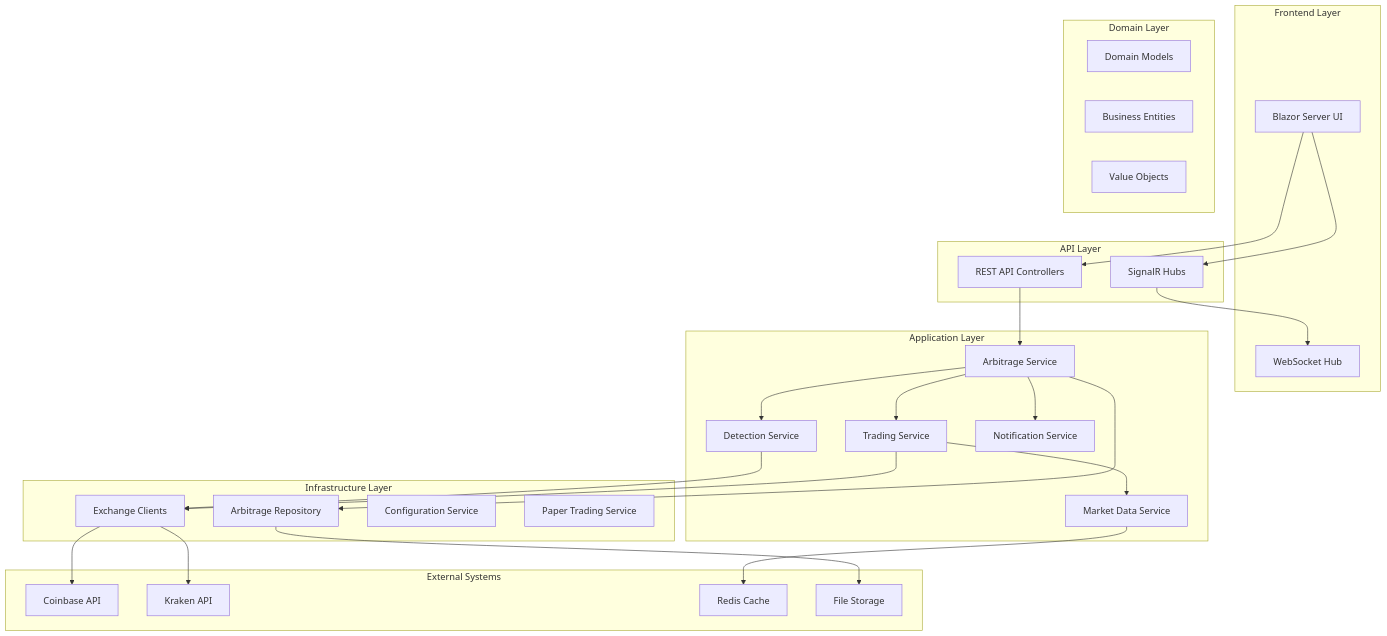
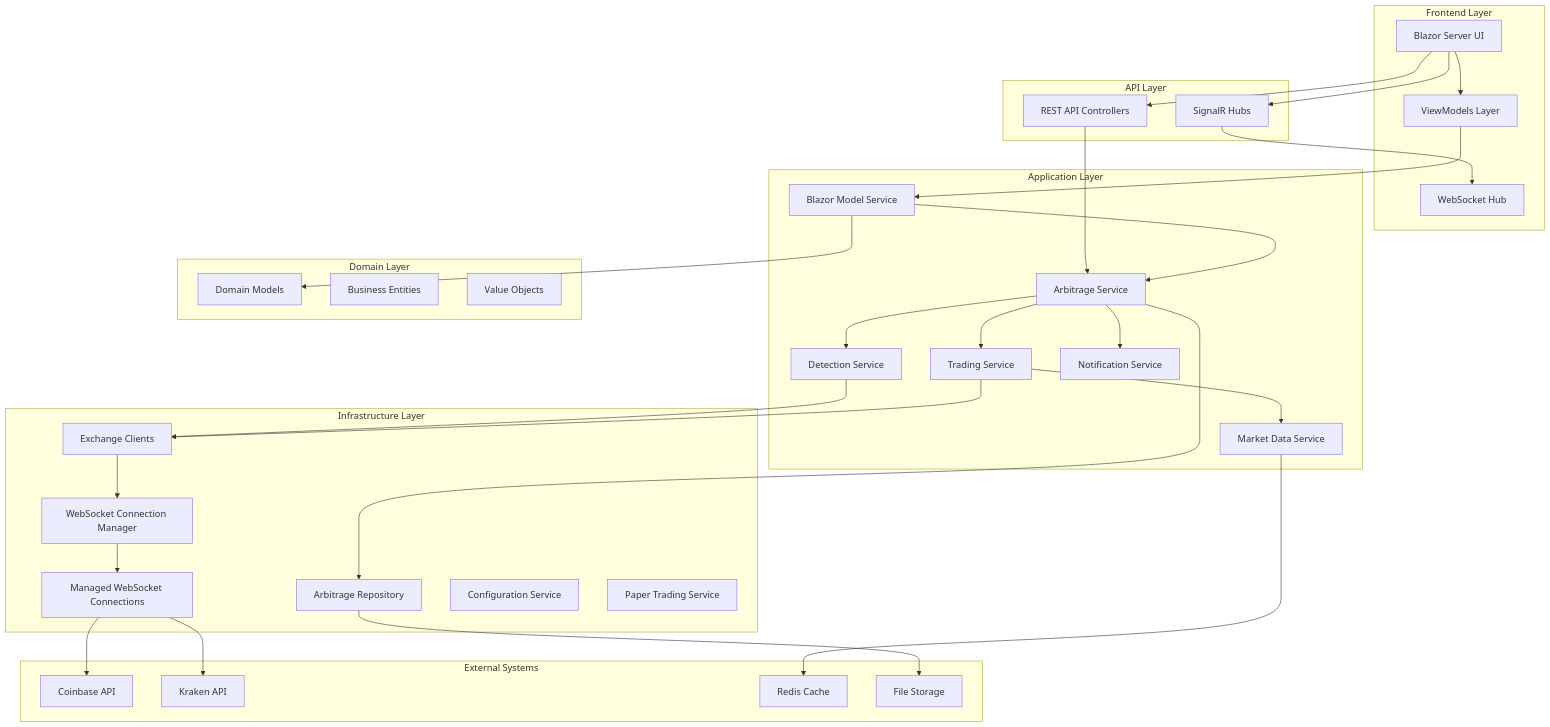
Before and after one commit to ygor/crypto-arbitrage: the first of 3 diagrams in CRYPTO_ARBITRAGE_DESIGN_DOCUMENT.md, drawn with Mermaid. The commit also changed other lines of this file and 27 other files, not shown here.

````diff
--- a/CRYPTO_ARBITRAGE_DESIGN_DOCUMENT.md
+++ b/CRYPTO_ARBITRAGE_DESIGN_DOCUMENT.md
@@ -67,56 +77,66 @@
 ```mermaid
 graph TB
     subgraph "Frontend Layer"
         BZ[Blazor Server UI]
+        VM[ViewModels Layer]
         WS[WebSocket Hub]
     end
     
     subgraph "API Layer"
         API[REST API Controllers]
         SH[SignalR Hubs]
     end
     
     subgraph "Application Layer"
         AS[Arbitrage Service]
         ADS[Detection Service]
         TS[Trading Service]
         MS[Market Data Service]
         NS[Notification Service]
+        BMS[Blazor Model Service]
     end
     
     subgraph "Domain Layer"
         DM[Domain Models]
         BE[Business Entities]
         VR[Value Objects]
     end
     
     subgraph "Infrastructure Layer"
+        WSCM[WebSocket Connection Manager]
+        MWC[Managed WebSocket Connections]
         EX[Exchange Clients]
         AR[Arbitrage Repository]
         CS[Configuration Service]
         PTS[Paper Trading Service]
     end
     
     subgraph "External Systems"
         CB[Coinbase API]
         KR[Kraken API]
         RD[Redis Cache]
         FS[File Storage]
     end
 
+    BZ --> VM
+    VM --> BMS
     BZ --> API
     BZ --> SH
     API --> AS
     SH --> WS
     AS --> ADS
     AS --> TS
     TS --> MS
     AS --> NS
     ADS --> EX
     TS --> EX
-    EX --> CB
-    EX --> KR
+    EX --> WSCM
+    WSCM --> MWC
+    MWC --> CB
+    MWC --> KR
     AS --> AR
     AR --> FS
     MS --> RD
+    BMS --> AS
+    BMS --> DM
 ```
````
